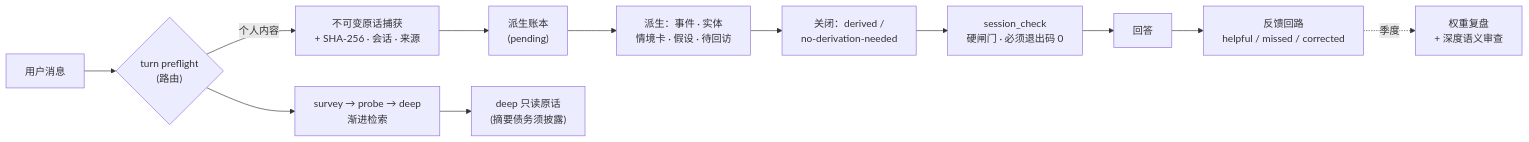
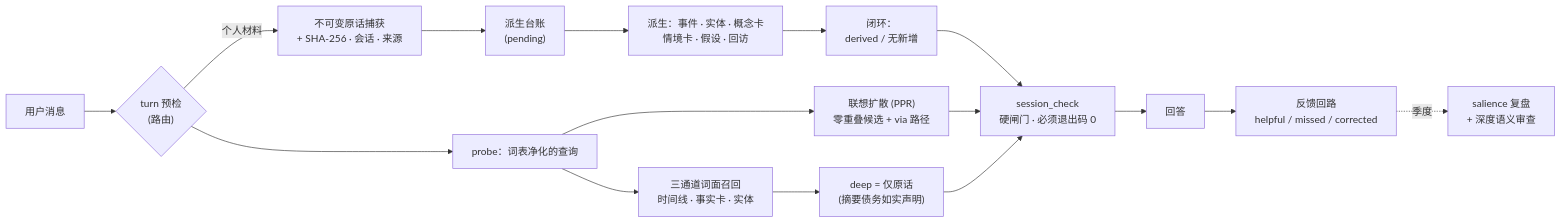
Before and after one commit to caix84476-netizen/personal-understanding: the diagram in README.zh-CN.md, drawn with Mermaid. The commit also changed other lines of this file and 3 other files, not shown here.

````diff
--- a/README.zh-CN.md
+++ b/README.zh-CN.md
@@ -98,14 +117,18 @@
 ```mermaid
 flowchart LR
-    A["用户消息"] --> B{"turn preflight<br/>(路由)"}
-    B -->|"个人内容"| C["不可变原话捕获<br/>+ SHA-256 · 会话 · 来源"]
-    C --> D["派生账本<br/>(pending)"]
-    D --> E["派生：事件 · 实体<br/>情境卡 · 假设 · 待回访"]
-    E --> F["关闭：derived /<br/>no-derivation-needed"]
-    B --> G["survey → probe → deep<br/>渐进检索"]
-    G --> H["deep 只读原话<br/>(摘要债务须披露)"]
-    F --> I["session_check<br/>硬闸门 · 必须退出码 0"]
-    I --> J["回答"]
-    J --> K["反馈回路<br/>helpful / missed / corrected"]
-    K -.->|季度| L["权重复盘<br/>+ 深度语义审查"]
+    A["用户消息"] --> B{"turn 预检<br/>(路由)"}
+    B -->|"个人材料"| C["不可变原话捕获<br/>+ SHA-256 · 会话 · 来源"]
+    C --> D["派生台账<br/>(pending)"]
+    D --> E["派生：事件 · 实体 · 概念卡<br/>情境卡 · 假设 · 回访"]
+    E --> F["闭环：<br/>derived / 无新增"]
+    B --> G["probe：词表净化的查询"]
+    G --> H["三通道词面召回<br/>时间线 · 事实卡 · 实体"]
+    G --> I["联想扩散 (PPR)<br/>零重叠候选 + via 路径"]
+    H --> J["deep = 仅原话<br/>(摘要债务如实声明)"]
+    F --> K["session_check<br/>硬闸门 · 必须退出码 0"]
+    I --> K
+    J --> K
+    K --> L["回答"]
+    L --> M["反馈回路<br/>helpful / missed / corrected"]
+    M -.->|季度| N["salience 复盘<br/>+ 深度语义审查"]
 ```
````
